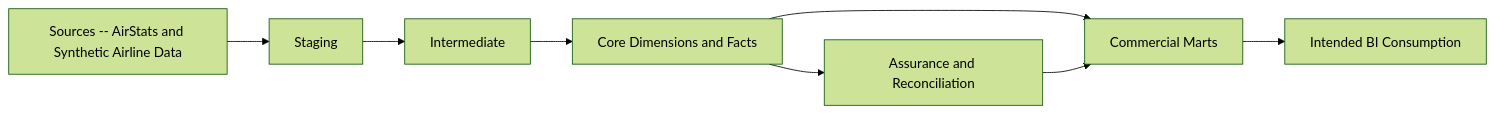
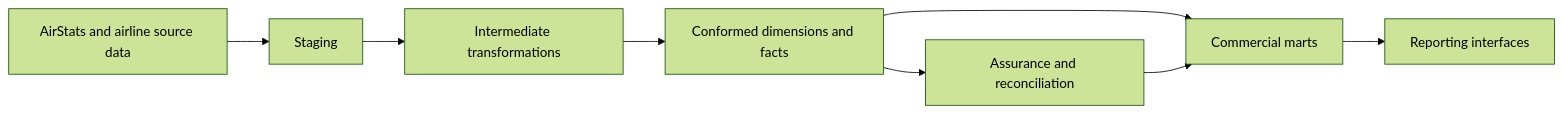
The diagram in README.md (Ibraheemolasupogit/airline-snowflake-dbt-analytics-platform), drawn with Mermaid (forest theme) before and after one commit. The commit also changed other lines of this file and 21 other files, not shown here.

````diff
--- a/README.md
+++ b/README.md
@@ -42,10 +36,10 @@
 ```mermaid
 flowchart LR
-    SRC[Sources -- AirStats and Synthetic Airline Data] --> STG[Staging]
-    STG --> INT[Intermediate]
-    INT --> CORE[Core Dimensions and Facts]
-    CORE --> ASSURE[Assurance and Reconciliation]
-    CORE --> MARTS[Commercial Marts]
+    SRC[AirStats and airline source data] --> STG[Staging]
+    STG --> INT[Intermediate transformations]
+    INT --> CORE[Conformed dimensions and facts]
+    CORE --> ASSURE[Assurance and reconciliation]
+    CORE --> MARTS[Commercial marts]
     ASSURE --> MARTS
-    MARTS --> BI[Intended BI Consumption]
+    MARTS --> REPORTING[Reporting interfaces]
 ```
````
